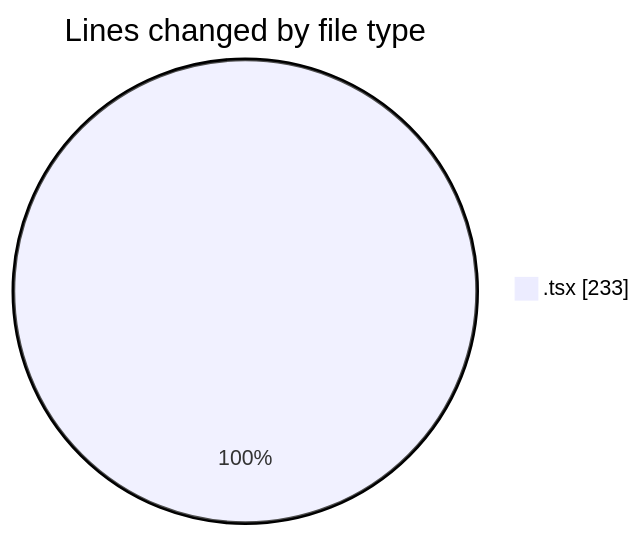
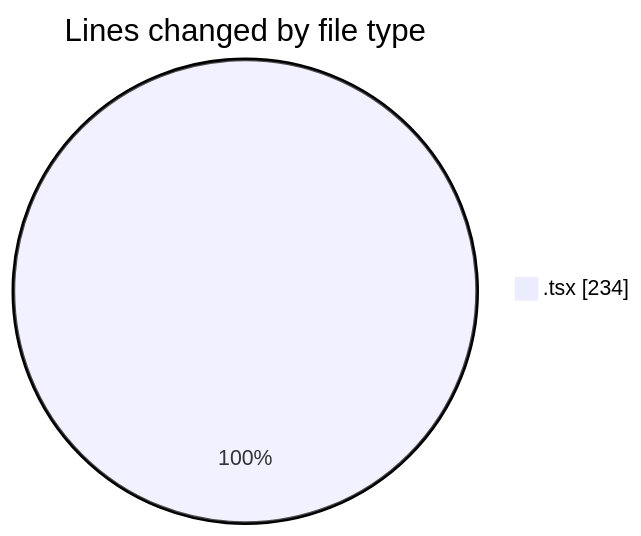
The first of 2 diagrams in 2026-06-30/nxtqube_webapp/README.md (nxtqubesakshisongat/code-tracking), drawn with Mermaid before and after one commit. The commit also changed other lines of this file and 1 other file, not shown here.

````diff
--- a/2026-06-30/nxtqube_webapp/README.md
+++ b/2026-06-30/nxtqube_webapp/README.md
@@ -20,5 +20,5 @@
 ```mermaid
 pie showData
 title Lines changed by file type
-".tsx" : 233
+".tsx" : 234
 ```
````
